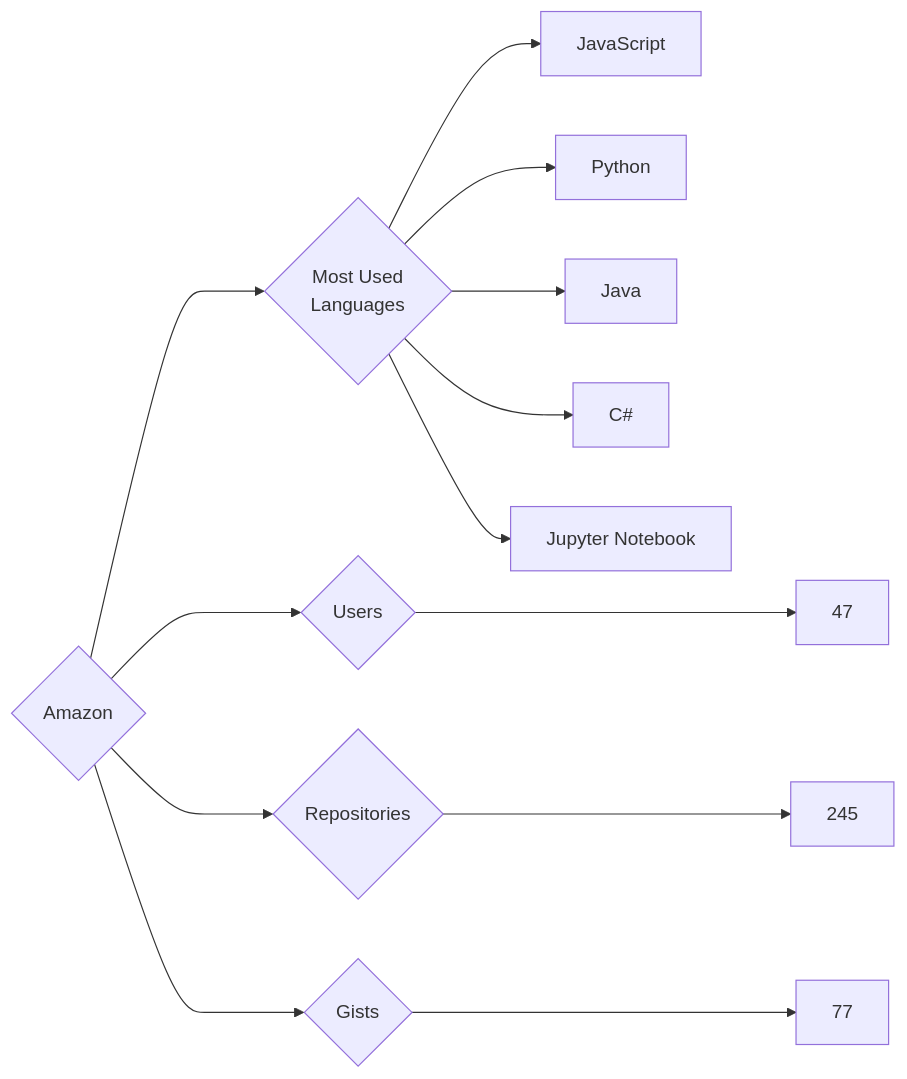
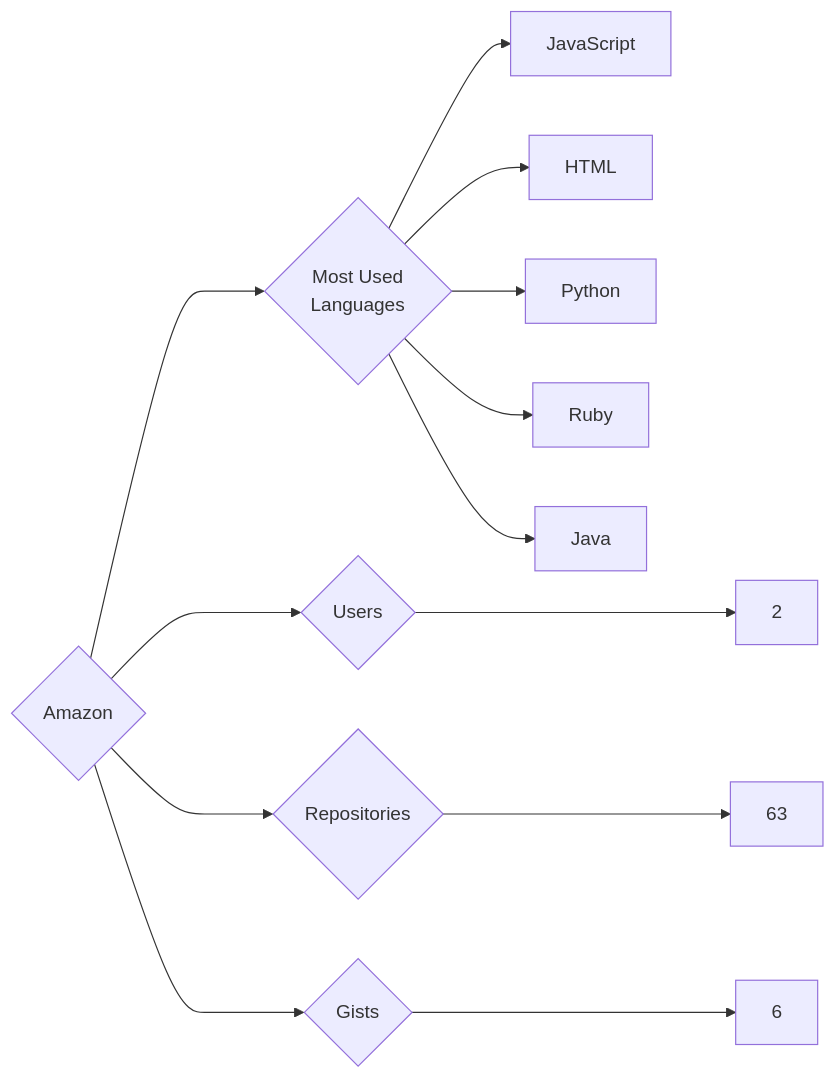
Before and after one commit to trickest/insiders: the diagram in targets/Amazon/README.md, drawn with Mermaid. The commit also changed 440 other files, not shown here.

````diff
--- a/targets/Amazon/README.md
+++ b/targets/Amazon/README.md
@@ -3,13 +3,13 @@
 ```mermaid
 graph LR
 COMPANY_NAME{Amazon}
-COMPANY_NAME ---> U{Users} ---> UN[47]
-COMPANY_NAME ---> R{Repositories} ---> RN[245]
-COMPANY_NAME ---> G{Gists} ---> GN[77]
+COMPANY_NAME ---> U{Users} ---> UN[2]
+COMPANY_NAME ---> R{Repositories} ---> RN[63]
+COMPANY_NAME ---> G{Gists} ---> GN[6]
 COMPANY_NAME ---> ML{Most Used<br>Languages}
 ML --> JavaScript[JavaScript]
+ML --> HTML[HTML]
 ML --> Python[Python]
+ML --> Ruby[Ruby]
 ML --> Java[Java]
-ML --> C#[C#]
-ML --> Jupyter_Notebook[Jupyter Notebook]
 ```
````
